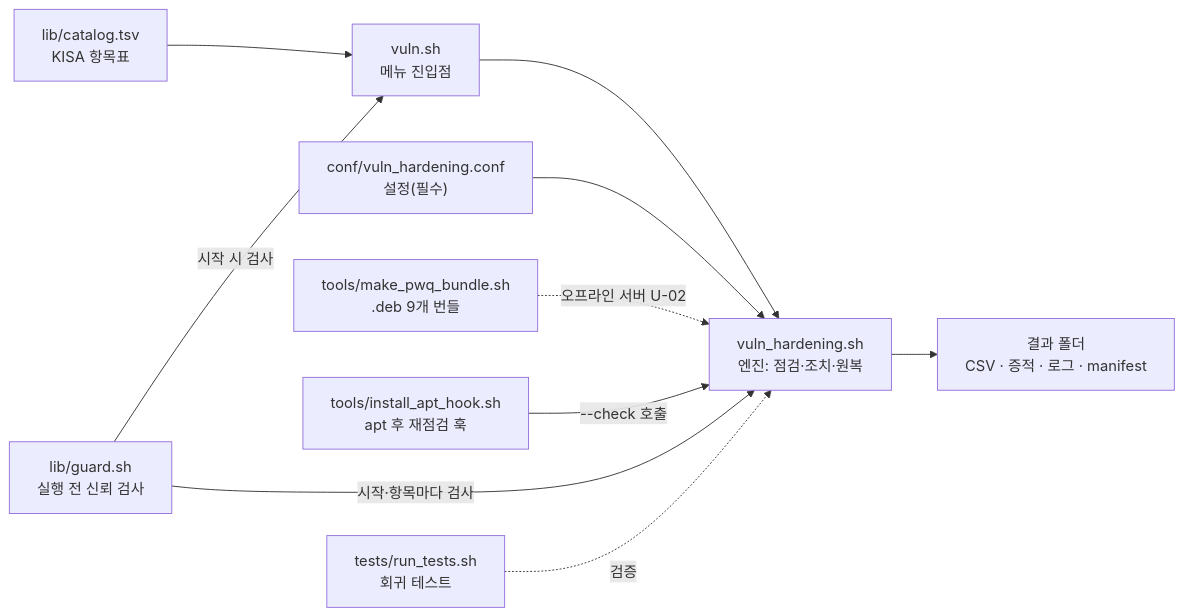
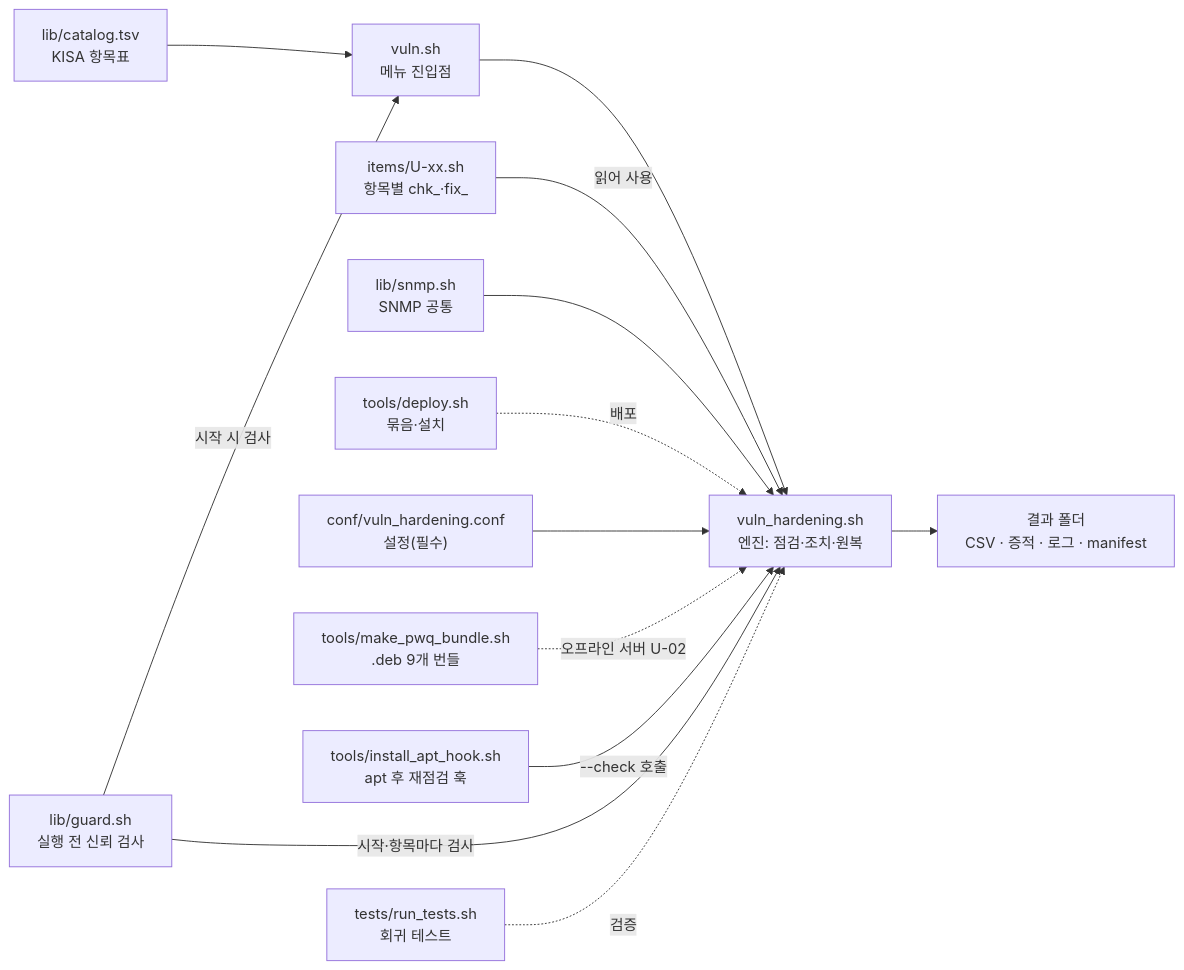
Before and after one commit to yanos0218/Tools: the first of 4 diagrams in vulnerability/docs/architecture.md, drawn with Mermaid. The commit also changed other lines of this file and 29 other files, not shown here.

First line of the commit message:
feat(vulnerability): 항목별 파일 분리(items/U-xx.sh)와 한 번에 받는 배포 묶음 추가

````diff
--- a/vulnerability/docs/architecture.md
+++ b/vulnerability/docs/architecture.md
@@ -7,12 +7,15 @@
 ```mermaid
 flowchart LR
   menu["vuln.sh<br/>메뉴 진입점"] --> main["vuln_hardening.sh<br/>엔진: 점검·조치·원복"]
+  items["items/U-xx.sh<br/>항목별 chk_·fix_"] -- "읽어 사용" --> main
+  snmp["lib/snmp.sh<br/>SNMP 공통"] --> main
+  deploy["tools/deploy.sh<br/>묶음·설치"] -. "배포" .-> main
   cat["lib/catalog.tsv<br/>KISA 항목표"] --> menu
   conf["conf/vuln_hardening.conf<br/>설정(필수)"] --> main
   bundle["tools/make_pwq_bundle.sh<br/>.deb 9개 번들"] -. "오프라인 서버 U-02" .-> main
   hook["tools/install_apt_hook.sh<br/>apt 후 재점검 훅"] -- "--check 호출" --> main
   guard["lib/guard.sh<br/>실행 전 신뢰 검사"] -- "시작·항목마다 검사" --> main
   guard -- "시작 시 검사" --> menu
   tests["tests/run_tests.sh<br/>회귀 테스트"] -. "검증" .-> main
   main --> out["결과 폴더<br/>CSV · 증적 · 로그 · manifest"]
 ```
````
